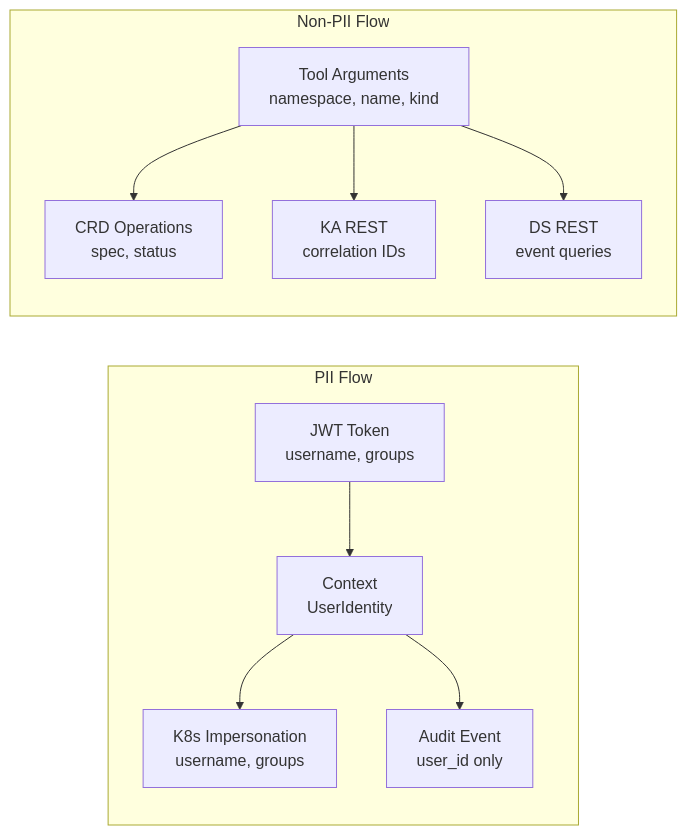
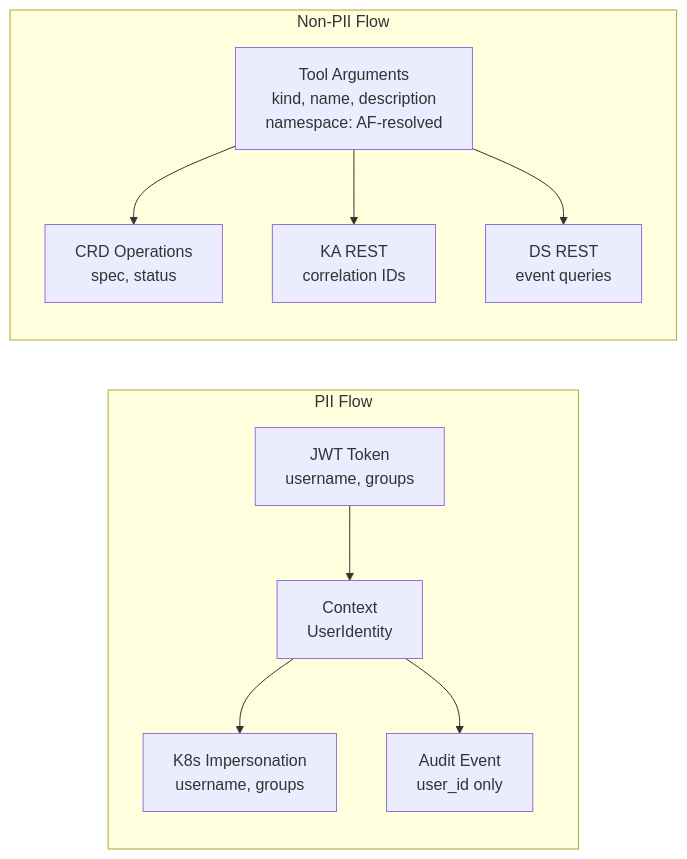
Before and after one commit to jordigilh/kubernaut: the third of 3 diagrams in docs/services/apifrontend/design/DATA_FLOW.md, drawn with Mermaid. The commit also changed 2 other files, not shown here.

Commit message:
docs(af): update design docs for #1282 CreateRRArgs and signal grounding
ARCHITECTURE.md:
- Flow 1 diagram: af_create_rr(kind, name, description) + AF-resolved fields
- Tools table: documents all 4 auto-resolved fields
- Audit trail: signalName + signalSource=a2a-agent
- References: add #1282, remove broken SEVERITY_TRIAGE.md link

TOOL_EXECUTION_MODEL.md:
- Per-tool validation: af_create_rr namespace is AF-resolved, not LLM arg
- Error wrapping: clarify AF-resolved vs LLM-supplied namespace
- Deduplication flow: shows AF namespace resolution step

DATA_FLOW.md:
- Non-PII flow: tool args = {kind, name, description; namespace: AF-resolved}

````diff
--- a/docs/services/apifrontend/design/DATA_FLOW.md
+++ b/docs/services/apifrontend/design/DATA_FLOW.md
@@ -84,26 +84,26 @@
 ```mermaid
 graph LR
     subgraph PII Flow
         direction TB
         JWT[JWT Token<br/>username, groups]
         Ctx[Context<br/>UserIdentity]
         Impersonate[K8s Impersonation<br/>username, groups]
         AuditLog[Audit Event<br/>user_id only]
     end
 
     subgraph Non-PII Flow
         direction TB
-        ToolArgs[Tool Arguments<br/>namespace, name, kind]
+        ToolArgs[Tool Arguments<br/>kind, name, description<br/>namespace: AF-resolved]
         CRD[CRD Operations<br/>spec, status]
         KACall[KA REST<br/>correlation IDs]
         DSCall[DS REST<br/>event queries]
     end
 
     JWT --> Ctx
     Ctx --> Impersonate
     Ctx --> AuditLog
 
     ToolArgs --> CRD
     ToolArgs --> KACall
     ToolArgs --> DSCall
 ```
````
